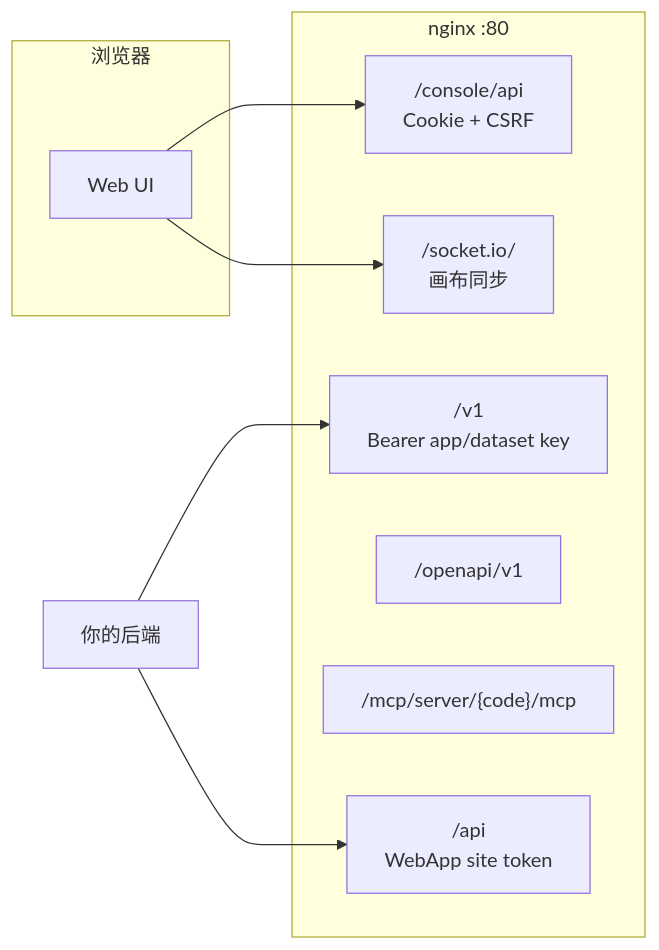
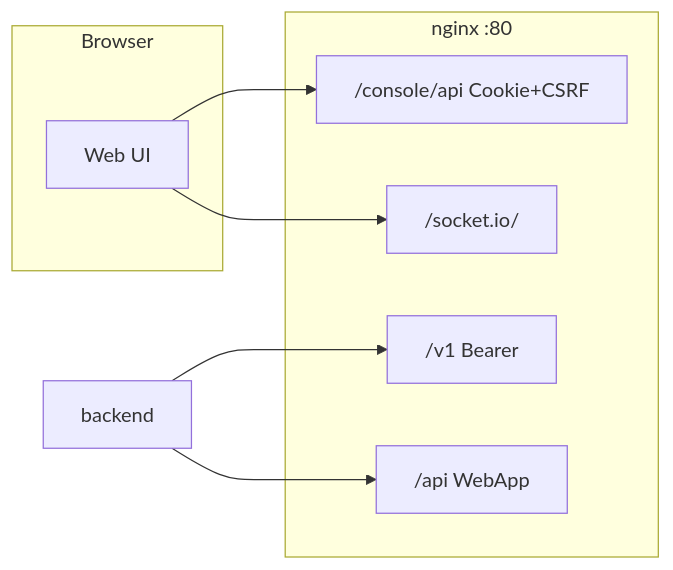
One commit to kabishou11/dify-skills changed the second of 2 diagrams in README.md. Above: the diagram before and after it, drawn with Mermaid. The commit also changed other lines of this file, not shown here.

````diff
--- a/README.md
+++ b/README.md
@@ -288,18 +189,16 @@
 ```mermaid
 flowchart LR
-  subgraph Browser["浏览器"]
+  subgraph Browser
     UI["Web UI"]
   end
   subgraph Nginx["nginx :80"]
-    C["/console/api<br/>Cookie + CSRF"]
-    V["/v1<br/>Bearer app/dataset key"]
-    W["/api<br/>WebApp site token"]
-    O["/openapi/v1"]
-    M["/mcp/server/{code}/mcp"]
-    IO["/socket.io/<br/>画布同步"]
+    C["/console/api Cookie+CSRF"]
+    V["/v1 Bearer"]
+    W["/api WebApp"]
+    IO["/socket.io/"]
   end
   UI --> C
   UI --> IO
-  Caller["你的后端"] --> V
+  Caller["backend"] --> V
   Caller --> W
 ```
````
